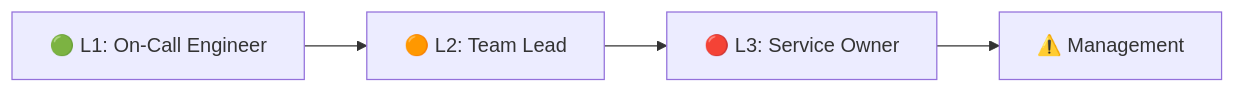
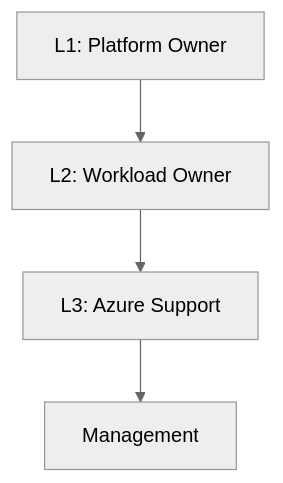
Before and after one commit to jonathan-vella/apex: the third of 5 diagrams in site/src/content/docs/demo/08-as-built/runbook.md, drawn with Mermaid. The commit also changed other lines of this file and 85 other files, not shown here.

First line of the commit message:
feat(site): overhaul demo content, add JSON schemas, and update scripts (#323)

````diff
--- a/site/src/content/docs/demo/08-as-built/runbook.md
+++ b/site/src/content/docs/demo/08-as-built/runbook.md
@@ -170,6 +155,7 @@
 ```mermaid
-flowchart LR
-    L1["🟢 L1: On-Call Engineer"] --> L2["🟠 L2: Team Lead"]
-    L2 --> L3["🔴 L3: Service Owner"]
-    L3 --> MGMT["⚠️ Management"]
+%%{init: {'theme':'neutral'}}%%
+flowchart TD
+    L1["L1: Platform Owner"] --> L2["L2: Workload Owner"]
+    L2 --> L3["L3: Azure Support"]
+    L3 --> MGMT["Management"]
 ```
````
